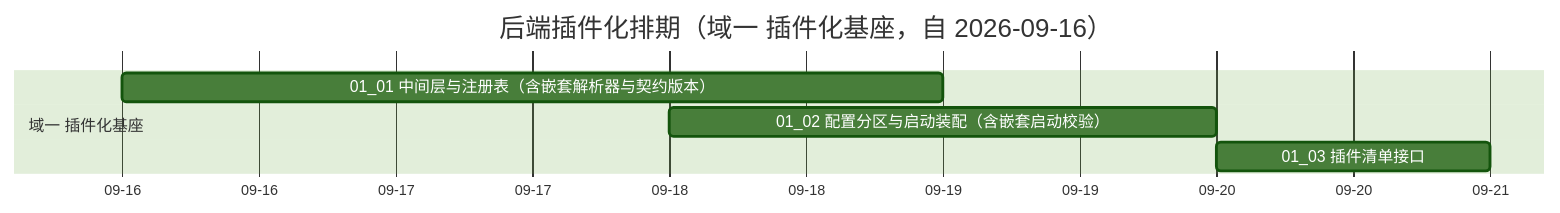
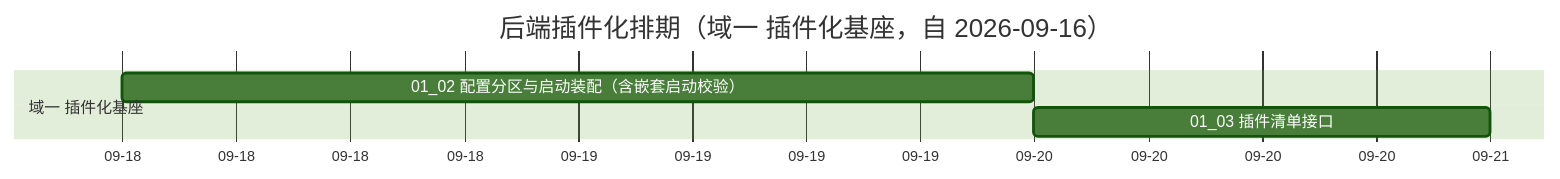
One commit to minjian123/basic-management-system changed the diagram in bms文档/项目/03_后端插件化/计划/01_计划_后端插件化.md. Above: the diagram before and after it, drawn with Mermaid (forest theme). The commit also changed other lines of this file and 9 other files, not shown here.

````diff
--- a/bms文档/项目/03_后端插件化/计划/01_计划_后端插件化.md
+++ b/bms文档/项目/03_后端插件化/计划/01_计划_后端插件化.md
@@ -34,10 +33,9 @@
 ```mermaid
 gantt
     title 后端插件化排期（域一 插件化基座，自 2026-09-16）
     dateFormat  YYYY-MM-DD
     axisFormat %m-%d
     section 域一 插件化基座
-    01_01 中间层与注册表（含嵌套解析器与契约版本） :t0101, 2026-09-16, 3d
     01_02 配置分区与启动装配（含嵌套启动校验） :t0102, 2026-09-18, 2d
     01_03 插件清单接口 :t0103, 2026-09-20, 1d
 ```
````
